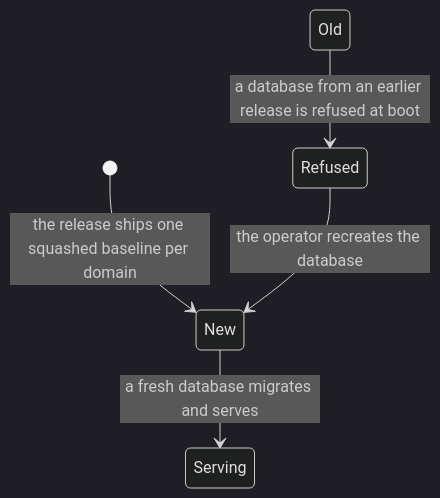
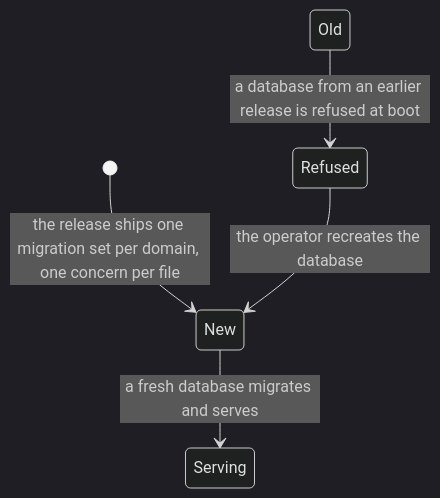
Before and after one commit to rubentalstra/FerroEHR: the fifth of 5 diagrams in docs/plans/storage-redesign.md, drawn with Mermaid (dark theme). The commit also changed other lines of this file, not shown here.

Commit message:
docs(plans): the rewrite's migration sets are natural files, one concern each, never one squashed baseline (owner direction 2026-09-14)

````diff
--- a/docs/plans/storage-redesign.md
+++ b/docs/plans/storage-redesign.md
@@ -654,7 +655,7 @@
 ```mermaid
 stateDiagram-v2
-  [*] --> New: the release ships one squashed baseline per domain
+  [*] --> New: the release ships one migration set per domain, one concern per file
   New --> Serving: a fresh database migrates and serves
   Old --> Refused: a database from an earlier release is refused at boot
   Refused --> New: the operator recreates the database
 ```
````
